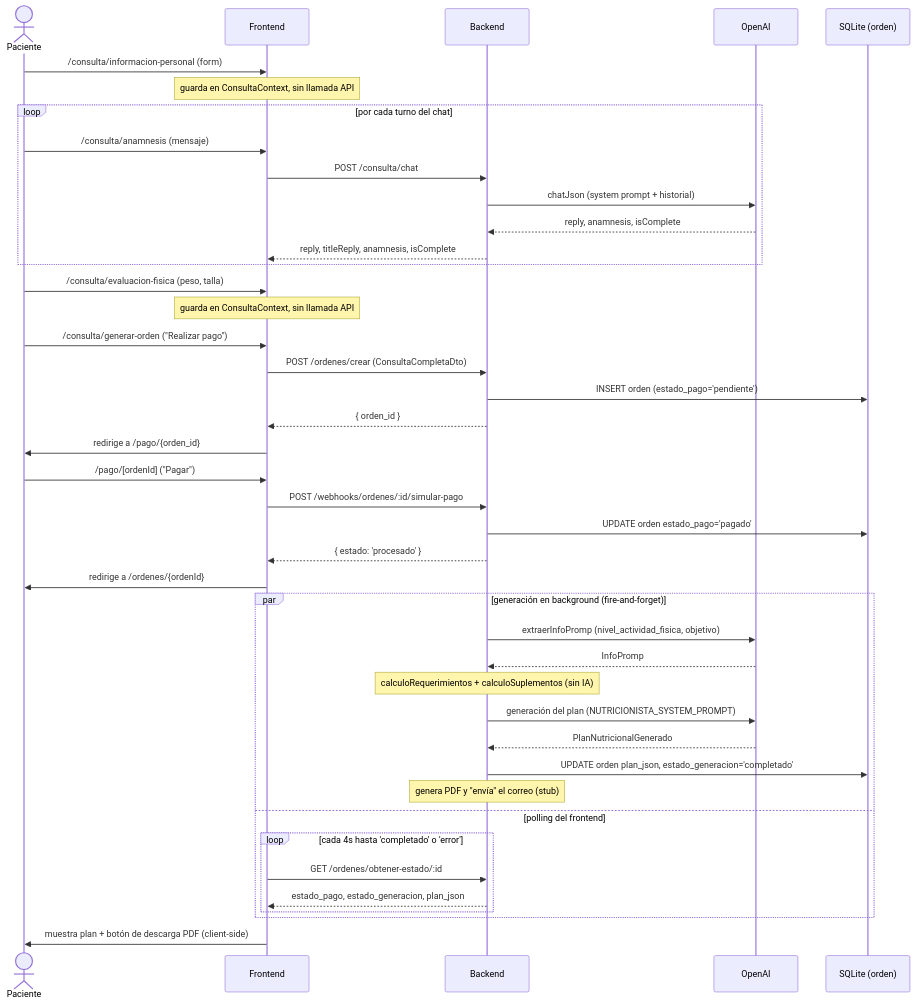
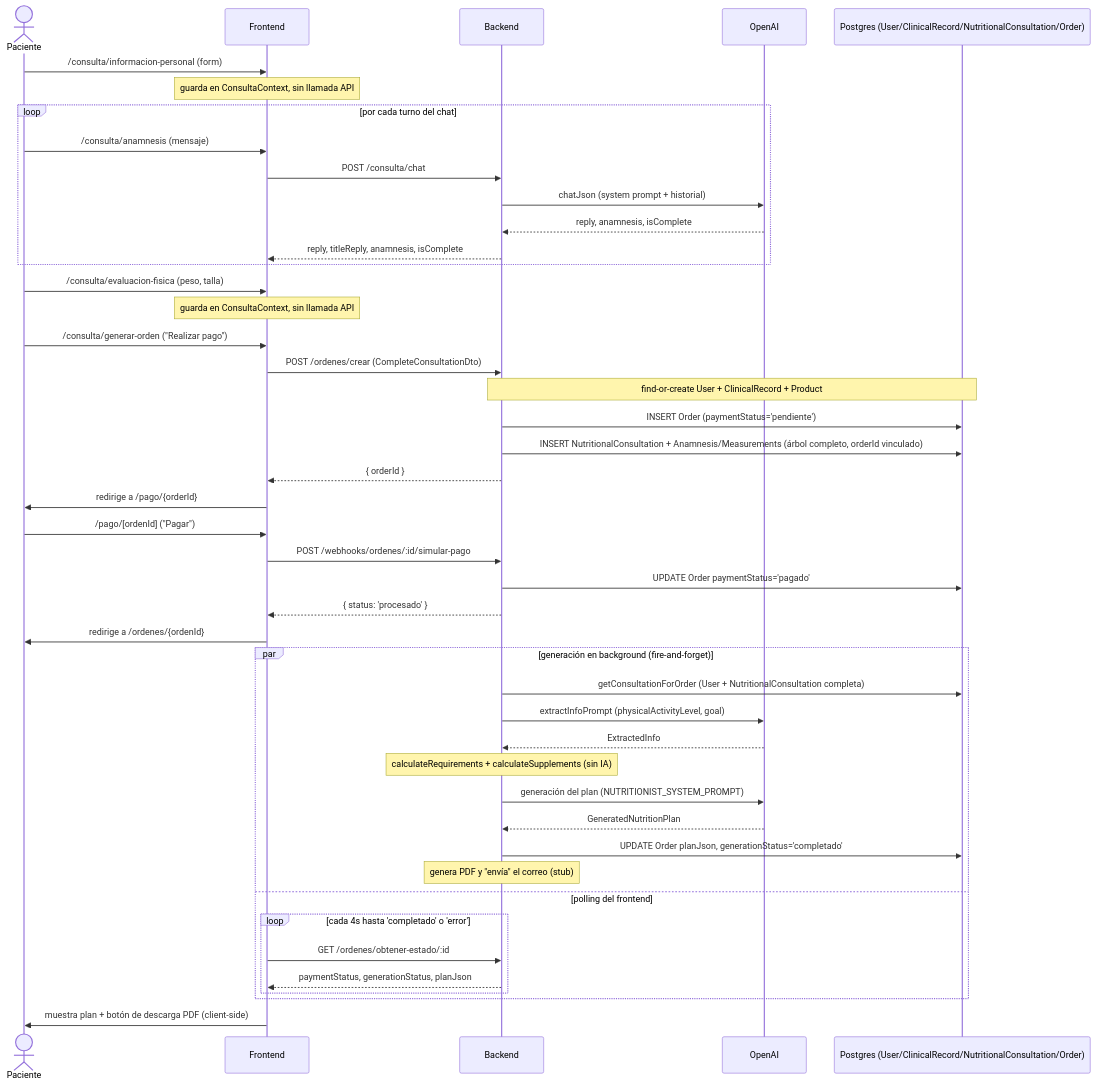
The diagram in doc/flow-happy-path.md (alvarocberna/fitplan-back), drawn with Mermaid before and after one commit. The commit also changed other lines of this file and 39 other files, not shown here.

````diff
--- a/doc/flow-happy-path.md
+++ b/doc/flow-happy-path.md
@@ -26,51 +29,54 @@
 ```mermaid
 sequenceDiagram
     actor Paciente
     participant FE as Frontend
     participant BE as Backend
     participant AI as OpenAI
-    participant DB as SQLite (orden)
+    participant DB as Postgres (User/ClinicalRecord/NutritionalConsultation/Order)
 
     Paciente->>FE: /consulta/informacion-personal (form)
     Note over FE: guarda en ConsultaContext, sin llamada API
 
     loop por cada turno del chat
         Paciente->>FE: /consulta/anamnesis (mensaje)
         FE->>BE: POST /consulta/chat
         BE->>AI: chatJson (system prompt + historial)
         AI-->>BE: reply, anamnesis, isComplete
         BE-->>FE: reply, titleReply, anamnesis, isComplete
     end
 
     Paciente->>FE: /consulta/evaluacion-fisica (peso, talla)
     Note over FE: guarda en ConsultaContext, sin llamada API
 
     Paciente->>FE: /consulta/generar-orden ("Realizar pago")
-    FE->>BE: POST /ordenes/crear (ConsultaCompletaDto)
-    BE->>DB: INSERT orden (estado_pago='pendiente')
-    BE-->>FE: { orden_id }
-    FE->>Paciente: redirige a /pago/{orden_id}
+    FE->>BE: POST /ordenes/crear (CompleteConsultationDto)
+    Note over BE,DB: find-or-create User + ClinicalRecord + Product
+    BE->>DB: INSERT Order (paymentStatus='pendiente')
+    BE->>DB: INSERT NutritionalConsultation + Anamnesis/Measurements (árbol completo, orderId vinculado)
+    BE-->>FE: { orderId }
+    FE->>Paciente: redirige a /pago/{orderId}
 
     Paciente->>FE: /pago/[ordenId] ("Pagar")
     FE->>BE: POST /webhooks/ordenes/:id/simular-pago
-    BE->>DB: UPDATE orden estado_pago='pagado'
-    BE-->>FE: { estado: 'procesado' }
+    BE->>DB: UPDATE Order paymentStatus='pagado'
+    BE-->>FE: { status: 'procesado' }
     FE->>Paciente: redirige a /ordenes/{ordenId}
 
     par generación en background (fire-and-forget)
-        BE->>AI: extraerInfoPromp (nivel_actividad_fisica, objetivo)
-        AI-->>BE: InfoPromp
-        Note over BE: calculoRequerimientos + calculoSuplementos (sin IA)
-        BE->>AI: generación del plan (NUTRICIONISTA_SYSTEM_PROMPT)
-        AI-->>BE: PlanNutricionalGenerado
-        BE->>DB: UPDATE orden plan_json, estado_generacion='completado'
+        BE->>DB: getConsultationForOrder (User + NutritionalConsultation completa)
+        BE->>AI: extractInfoPrompt (physicalActivityLevel, goal)
+        AI-->>BE: ExtractedInfo
+        Note over BE: calculateRequirements + calculateSupplements (sin IA)
+        BE->>AI: generación del plan (NUTRITIONIST_SYSTEM_PROMPT)
+        AI-->>BE: GeneratedNutritionPlan
+        BE->>DB: UPDATE Order planJson, generationStatus='completado'
         Note over BE: genera PDF y "envía" el correo (stub)
     and polling del frontend
         loop cada 4s hasta 'completado' o 'error'
             FE->>BE: GET /ordenes/obtener-estado/:id
-            BE-->>FE: estado_pago, estado_generacion, plan_json
+            BE-->>FE: paymentStatus, generationStatus, planJson
         end
     end
 
     FE->>Paciente: muestra plan + botón de descarga PDF (client-side)
 ```
````
